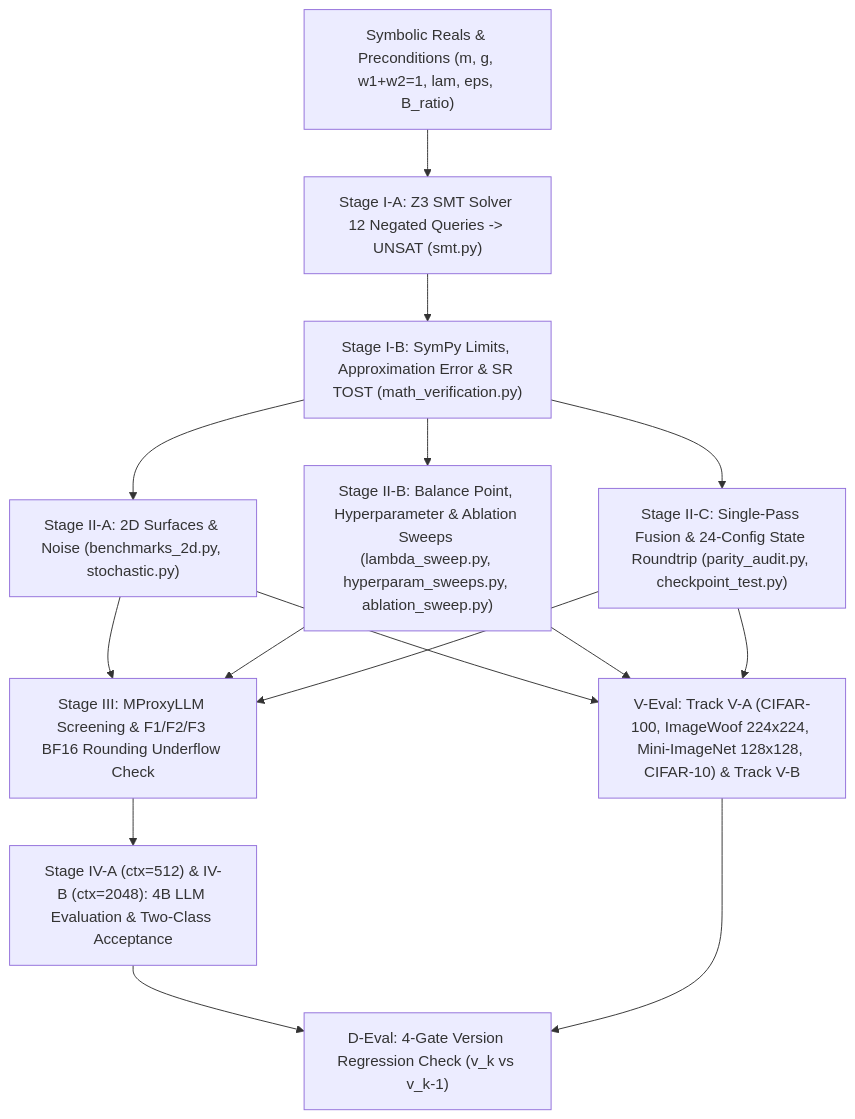
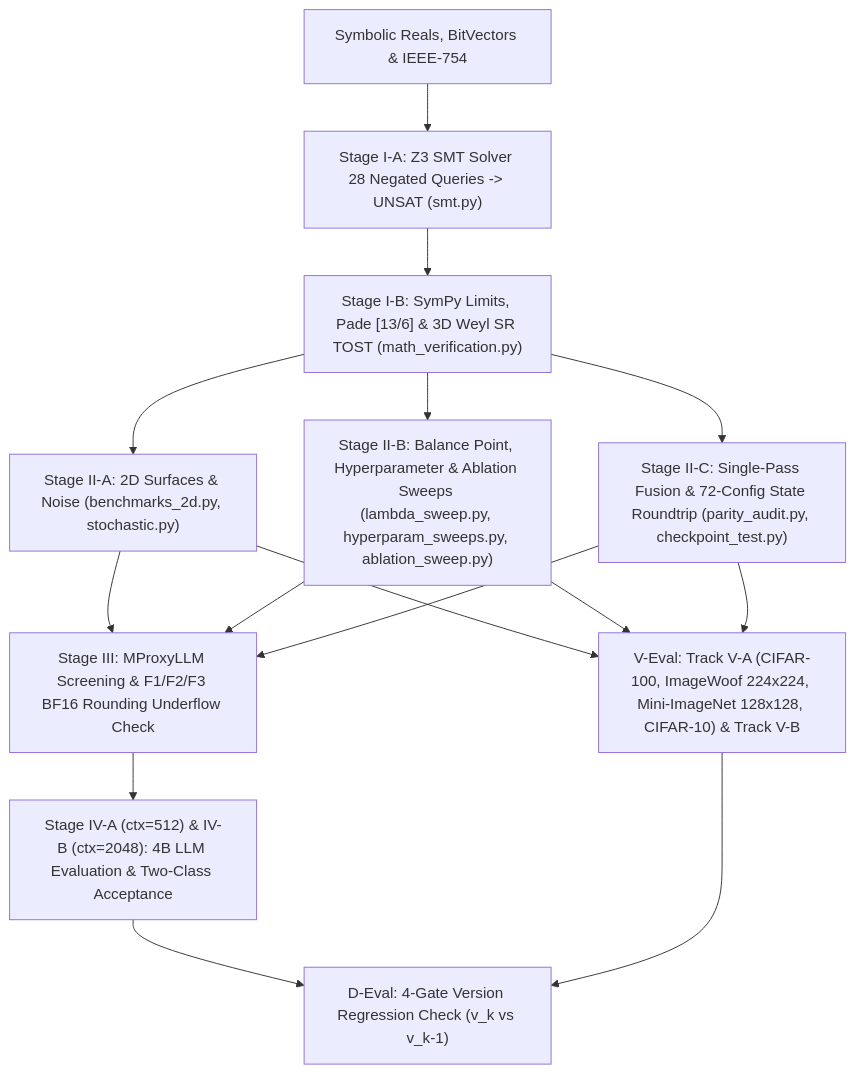
The diagram in eval/README.md (cloverx-id/luminamoon), drawn with Mermaid before and after one commit. The commit also changed other lines of this file and 3 other files, not shown here.

Commit message:
test(eval): add v2.0.0 Z3 SMT proofs, 3D Weyl SR TOST, and 72-config checkpoint checks

````diff
--- a/eval/README.md
+++ b/eval/README.md
@@ -9,12 +9,12 @@
 ```mermaid
 flowchart TD
-    Vars["Symbolic Reals & Preconditions (m, g, w1+w2=1, lam, eps, B_ratio)"] --> Z3["Stage I-A: Z3 SMT Solver 12 Negated Queries -> UNSAT (smt.py)"]
-    Z3 --> Math["Stage I-B: SymPy Limits, Approximation Error & SR TOST (math_verification.py)"]
+    Vars["Symbolic Reals, BitVectors & IEEE-754"] --> Z3["Stage I-A: Z3 SMT Solver 28 Negated Queries -> UNSAT (smt.py)"]
+    Z3 --> Math["Stage I-B: SymPy Limits, Pade [13/6] & 3D Weyl SR TOST (math_verification.py)"]
     Math --> Surf["Stage II-A: 2D Surfaces & Noise (benchmarks_2d.py, stochastic.py)"]
     Math --> Sweeps["Stage II-B: Balance Point, Hyperparameter & Ablation Sweeps (lambda_sweep.py, hyperparam_sweeps.py, ablation_sweep.py)"]
-    Math --> Parity["Stage II-C: Single-Pass Fusion & 24-Config State Roundtrip (parity_audit.py, checkpoint_test.py)"]
+    Math --> Parity["Stage II-C: Single-Pass Fusion & 72-Config State Roundtrip (parity_audit.py, checkpoint_test.py)"]
     Surf & Sweeps & Parity --> Stage3["Stage III: MProxyLLM Screening & F1/F2/F3 BF16 Rounding Underflow Check"]
     Surf & Sweeps & Parity --> VEval["V-Eval: Track V-A (CIFAR-100, ImageWoof 224x224, Mini-ImageNet 128x128, CIFAR-10) & Track V-B"]
     Stage3 --> Stage4["Stage IV-A (ctx=512) & IV-B (ctx=2048): 4B LLM Evaluation & Two-Class Acceptance"]
     Stage4 & VEval --> DEval["D-Eval: 4-Gate Version Regression Check (v_k vs v_k-1)"]
 ```
````
